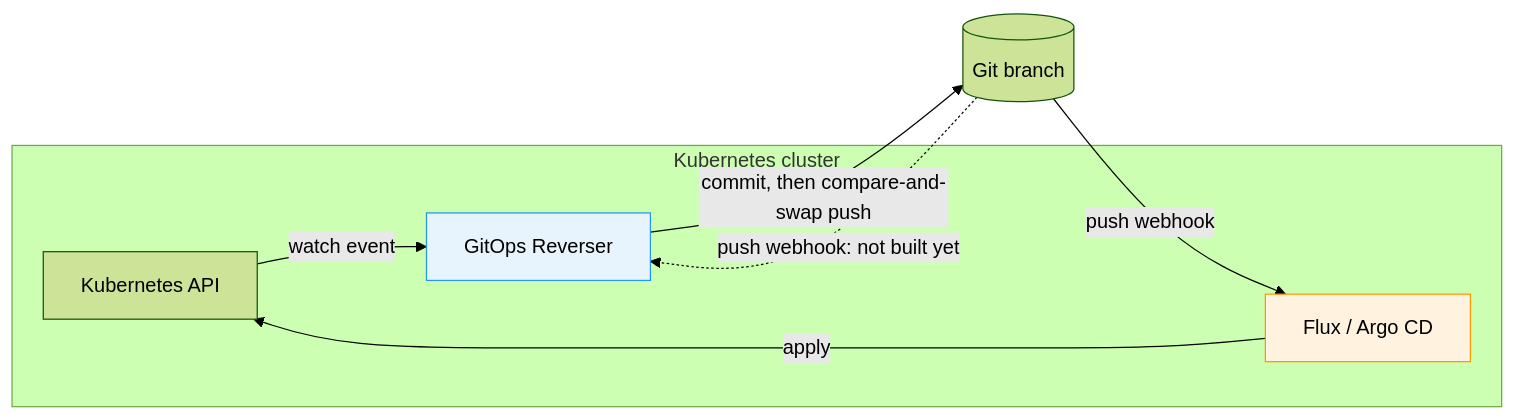
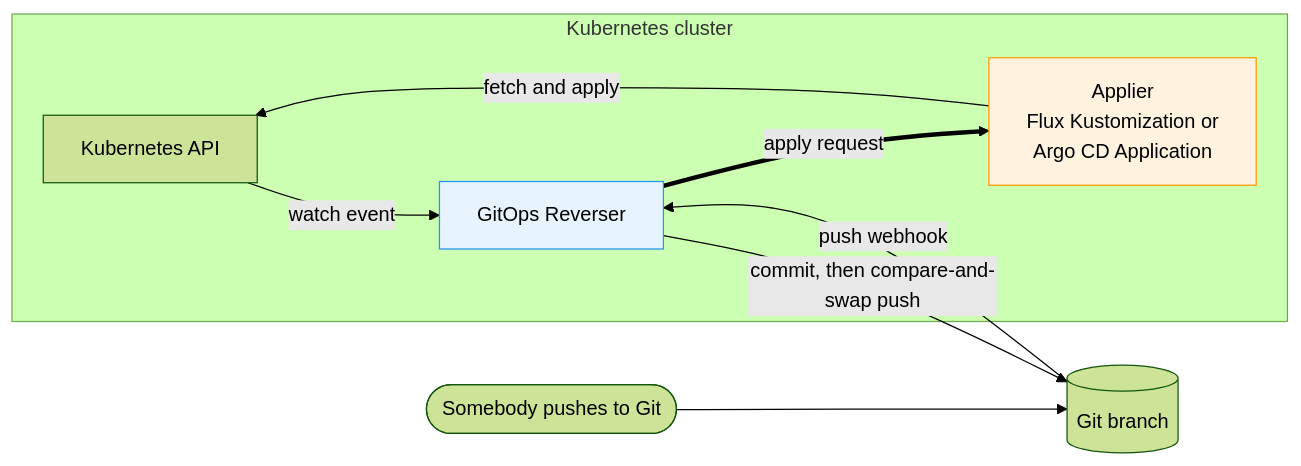
One commit to ConfigButler/gitops-reverser changed the first of 3 diagrams in docs/bi-directional.md. Above: the diagram before and after it, drawn with Mermaid (forest theme). The commit also changed other lines of this file and 5 other files, not shown here.

First line of the commit message:
docs: describe GitOps Reverser owning the apply trigger, ahead of the code

````diff
--- a/docs/bi-directional.md
+++ b/docs/bi-directional.md
@@ -21,18 +23,20 @@
 ```mermaid
 flowchart LR
     subgraph CLUSTER["Kubernetes cluster"]
         API["Kubernetes API"]
         REV["GitOps Reverser"]
-        REC["Flux / Argo CD"]
+        APP["Applier<br/>Flux Kustomization or<br/>Argo CD Application"]
     end
     GIT[("Git branch")]
+    HUMAN(["Somebody pushes to Git"])
 
     API -->|"watch event"| REV
     REV -->|"commit, then compare-and-swap push"| GIT
-    GIT -->|"push webhook"| REC
-    REC -->|"apply"| API
-    GIT -. "push webhook: not built yet" .-> REV
+    HUMAN --> GIT
+    GIT -->|"push webhook"| REV
+    REV ==>|"apply request"| APP
+    APP -->|"fetch and apply"| API
 
     style REV fill:#e8f4fd,stroke:#2196f3
-    style REC fill:#fff3e0,stroke:#ff9800
+    style APP fill:#fff3e0,stroke:#ff9800
 ```
````
